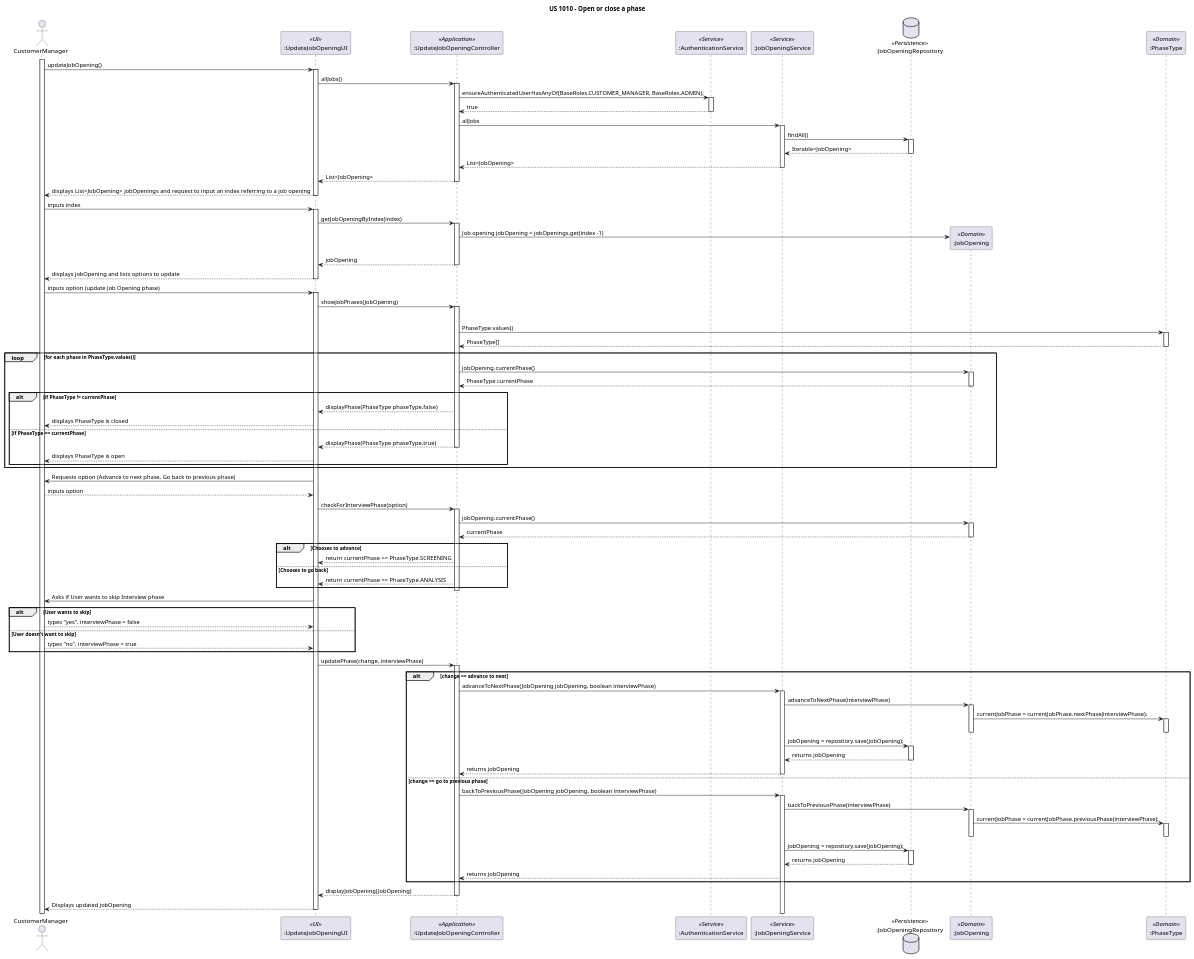
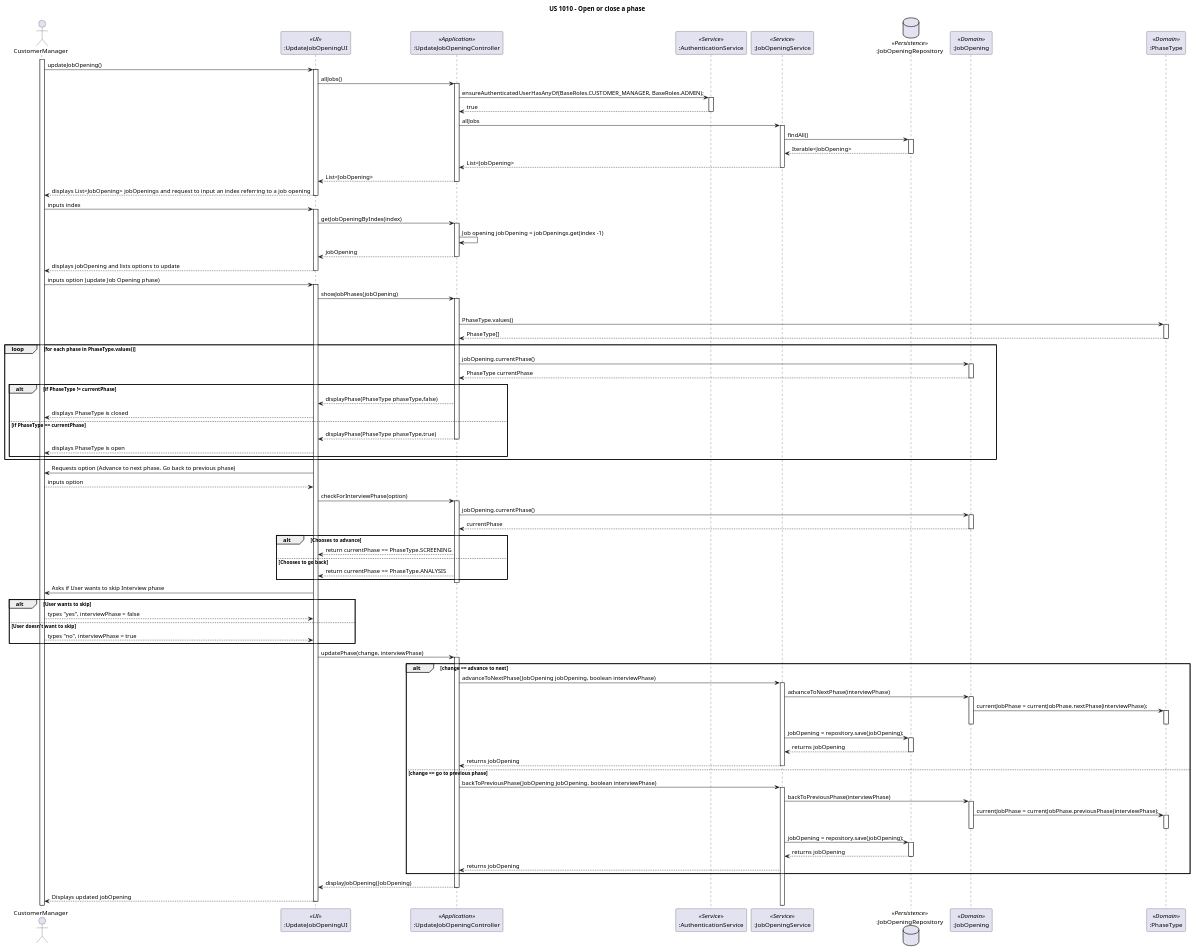
One commit to marcoferreira37/Lapr4 changed the diagram in docs/sprintC/1010/puml/1010-sequence-diagram.puml. Above: the diagram before and after it, drawn with PlantUML.

Commit message:
#38 [US1010] - Fixed a issue in the sequence diagram

```diff
--- a/docs/sprintC/1010/puml/1010-sequence-diagram.puml
+++ b/docs/sprintC/1010/puml/1010-sequence-diagram.puml
@@ -1,145 +1,144 @@
 @startuml
 
 title US 1010 - Open or close a phase
 
 actor "CustomerManager" as CM
 participant ":UpdateJobOpeningUI" as UI <<UI>>
 participant ":UpdateJobOpeningController" as Controller <<Application>>
 participant ":AuthenticationService" as AuthzService <<Service>>
 participant ":JobOpeningService" as JOService <<Service>>
 database ":JobOpeningRepository" as JORepo <<Persistence>>
 participant ":JobOpening" as JobOpening <<Domain>>
 participant ":PhaseType" as PhaseType <<Domain>>
 
 
 
 activate CM
 CM -> UI : updateJobOpening()
 activate UI
 UI -> Controller : allJobs()
 activate Controller
 Controller -> AuthzService : ensureAuthenticatedUserHasAnyOf(BaseRoles.CUSTOMER_MANAGER, BaseRoles.ADMIN);
 activate AuthzService
 AuthzService --> Controller : true
 deactivate AuthzService
 Controller -> JOService : allJobs
 activate JOService
 JOService -> JORepo : findAll()
 activate JORepo
 JORepo --> JOService : Iterable<JobOpening>
 deactivate JORepo
 JOService --> Controller : List<JobOpening>
 deactivate JOService
 Controller --> UI : List<JobOpening>
 deactivate Controller
 UI --> CM : displays List<JobOpening> jobOpenings and request to input an index referring to a job opening
 deactivate UI
 CM -> UI : inputs index
 activate UI
 
 UI -> Controller : getJobOpeningByIndex(index)
 activate Controller
-create JobOpening
-Controller -> JobOpening: Job opening jobOpening = jobOpenings.get(index -1)
+Controller -> Controller: Job opening jobOpening = jobOpenings.get(index -1)
 Controller --> UI : jobOpening
 deactivate Controller
 UI --> CM : displays jobOpening and lists options to update
 deactivate UI
 CM -> UI : inputs option (update Job Opening phase)
 activate UI
 UI -> Controller : showJobPhases(jobOpening)
 activate Controller
 loop for each phase in PhaseType.values()
 Controller -> PhaseType: PhaseType.values()
 activate PhaseType
 
 PhaseType --> Controller : PhaseType[]
 deactivate PhaseType
 loop for each phase in PhaseType.values()
 Controller -> JobOpening : jobOpening.currentPhase()
 activate JobOpening
 
 JobOpening --> Controller : PhaseType currentPhase
 deactivate JobOpening
 alt if PhaseType != currentPhase
 Controller --> UI : displayPhase(PhaseType phaseType,false)
 UI --> CM : displays PhaseType is closed
 else if PhaseType == currentPhase
 Controller --> UI : displayPhase(PhaseType phaseType,true)
 deactivate Controller
 UI --> CM : displays PhaseType is open
 end
 
 end
 UI -> CM : Requests option (Advance to next phase, Go back to previous phase)
 CM --> UI : inputs option
 UI -> Controller: checkForInterviewPhase(option)
 activate Controller
 
 Controller -> JobOpening: jobOpening.currentPhase()
 activate JobOpening
 
 JobOpening --> Controller: currentPhase
 deactivate JobOpening
 alt Chooses to advance
 Controller --> UI : return currentPhase == PhaseType.SCREENING
 else Chooses to go back
 Controller --> UI : return currentPhase == PhaseType.ANALYSIS
 end
 deactivate Controller
 UI -> CM: Asks if User wants to skip Interview phase
 alt User wants to skip
 CM --> UI: types "yes", interviewPhase = false
 else User doesn't want to skip
 CM --> UI: types "no", interviewPhase = true
 end
 UI -> Controller: updatePhase(change, interviewPhase)
 activate Controller
 alt change == advance to next
 Controller -> JOService: advanceToNextPhase(JobOpening jobOpening, boolean interviewPhase)
 activate JOService
 
 JOService -> JobOpening: advanceToNextPhase(interviewPhase)
 activate JobOpening
 
 JobOpening -> PhaseType: currentJobPhase = currentJobPhase.nextPhase(interviewPhase);
 activate PhaseType
 deactivate PhaseType
 
 deactivate JobOpening
 
 JOService -> JORepo:  jobOpening = repository.save(jobOpening);
 activate JORepo
 JORepo --> JOService: returns jobOpening
 deactivate JORepo
 JOService --> Controller: returns jobOpening
 deactivate JOService
 else change == go to previous phase
 
 Controller -> JOService: backToPreviousPhase(JobOpening jobOpening, boolean interviewPhase)
 activate JOService
 
 JOService -> JobOpening: backToPreviousPhase(interviewPhase)
 activate JobOpening
 
 JobOpening -> PhaseType: currentJobPhase = currentJobPhase.previousPhase(interviewPhase);
 activate PhaseType
 deactivate PhaseType
 
 deactivate JobOpening
 
 JOService -> JORepo:  jobOpening = repository.save(jobOpening);
 activate JORepo
 JORepo --> JOService: returns jobOpening
 deactivate JORepo
 JOService --> Controller: returns jobOpening
 end
 Controller --> UI: displayJobOpening(JobOpening)
 deactivate Controller
 UI --> CM: Displays updated jobOpening
 deactivate UI
 
 
 
 
 @enduml
```
